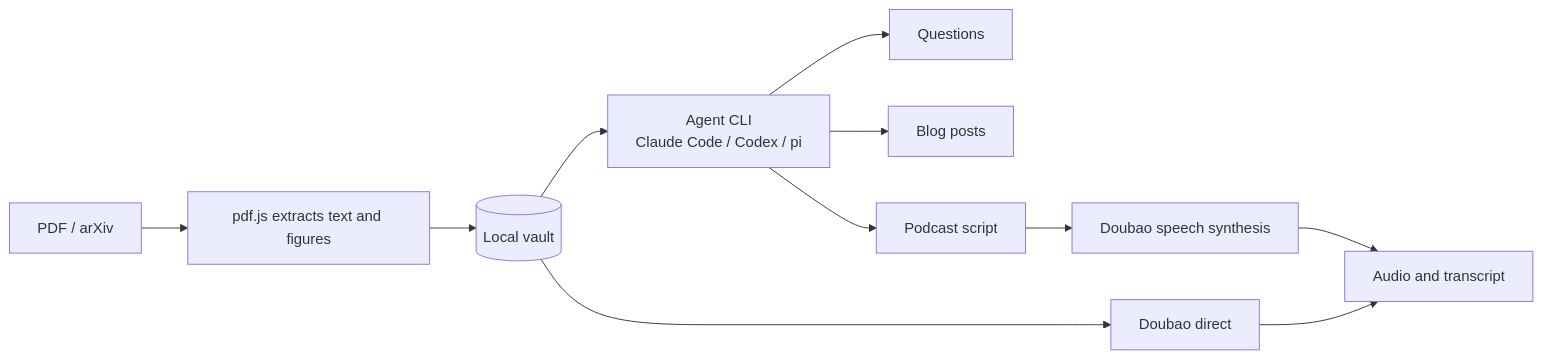
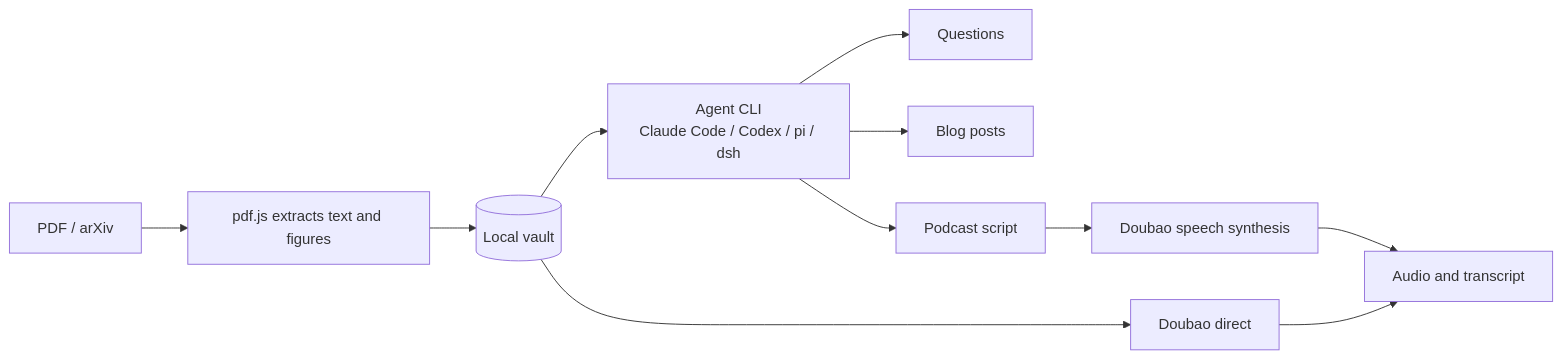
The diagram in README.md (JoeZhang-0x000/wenqu), drawn with Mermaid before and after one commit. The commit also changed other lines of this file and 9 other files, not shown here.

````diff
--- a/README.md
+++ b/README.md
@@ -186,13 +186,13 @@
 ```mermaid
 flowchart LR
     A[PDF / arXiv] --> B[pdf.js extracts text and figures]
     B --> V[(Local vault)]
-    V --> C[Agent CLI<br/>Claude Code / Codex / pi]
+    V --> C[Agent CLI<br/>Claude Code / Codex / pi / dsh]
     C --> D[Questions]
     C --> E[Blog posts]
     C --> F[Podcast script]
     F --> G[Doubao speech synthesis]
     V --> H[Doubao direct]
     G --> I[Audio and transcript]
     H --> I
 ```
````
